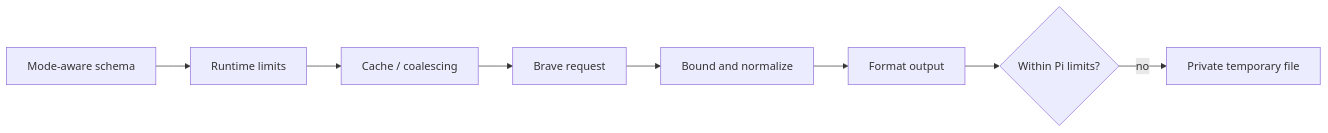
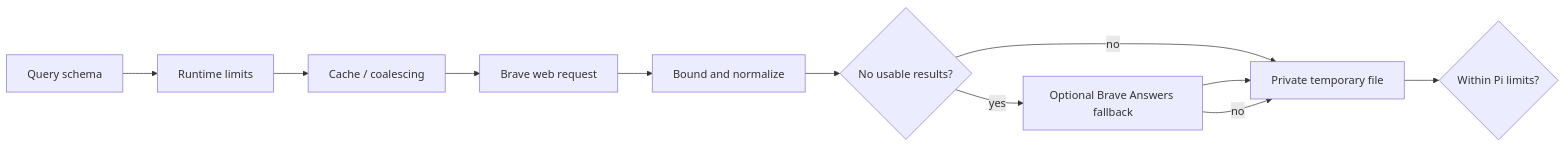
Before and after one commit to zeldrisho/pi-packages: the second of 2 diagrams in docs/architecture.md, drawn with Mermaid. The commit also changed other lines of this file and 7 other files, not shown here.

Commit message:
feat(pi-web-search): remove mode and add Answers fallback

````diff
--- a/docs/architecture.md
+++ b/docs/architecture.md
@@ -37,7 +37,11 @@
 ```mermaid
 flowchart LR
-  A[Mode-aware schema] --> B[Runtime limits] --> C[Cache / coalescing]
-  C --> D[Brave request] --> E[Bound and normalize]
-  E --> F[Format output] --> G{Within Pi limits?}
+  A[Query schema] --> B[Runtime limits] --> C[Cache / coalescing]
+  C --> D[Brave web request] --> E[Bound and normalize]
+  E --> F{No usable results?}
+  F -- yes --> G[Optional Brave Answers fallback]
+  F -- no --> H[Format output]
+  G --> H
+  H --> I{Within Pi limits?}
   G -- no --> H[Private temporary file]
 ```
````
